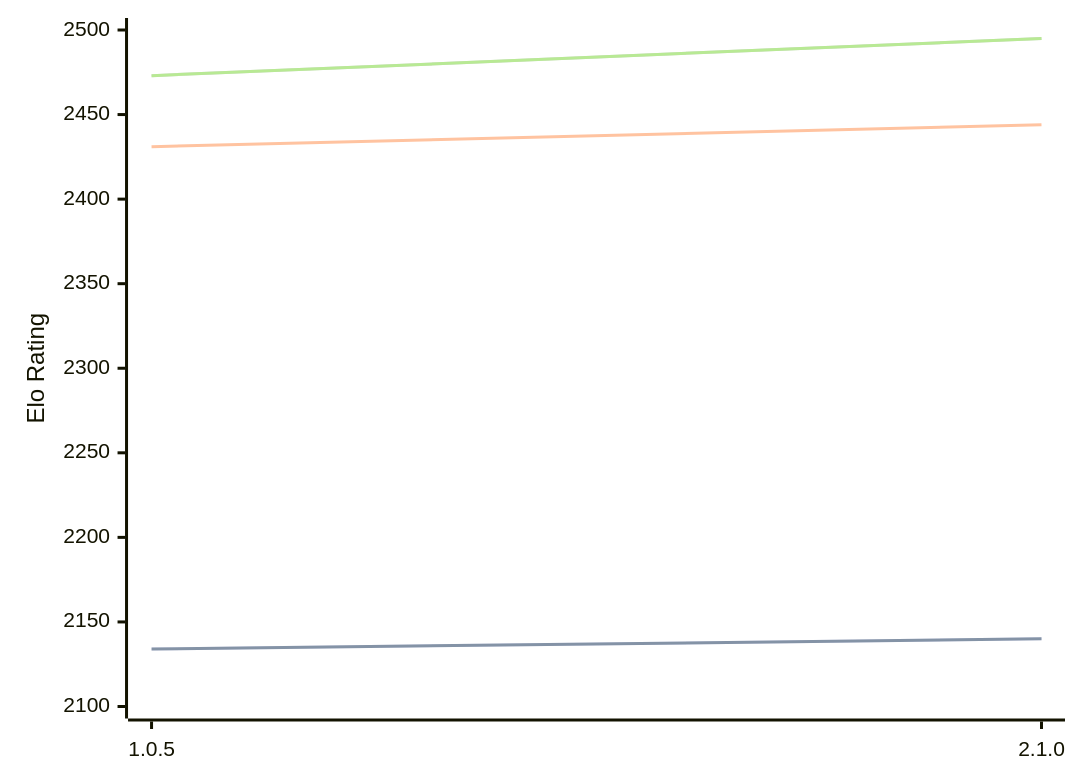
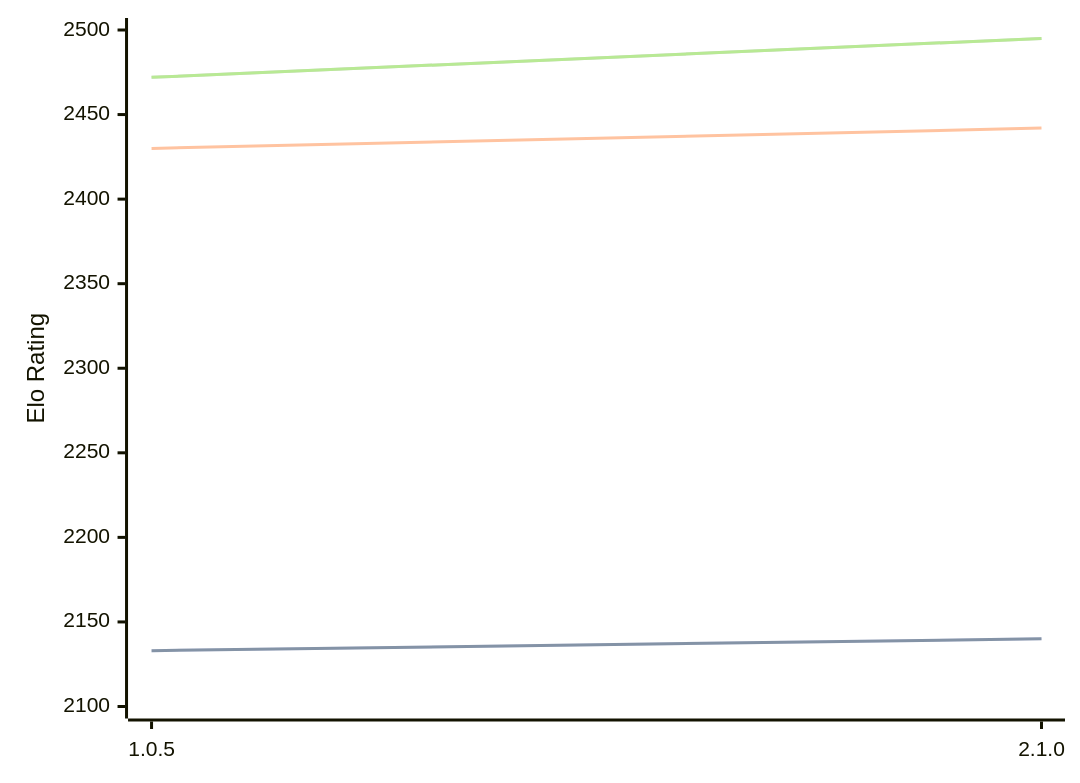
Before and after one commit to computer-chess-index/cci: the third of 3 diagrams in engines/Ruffian.md, drawn with Mermaid. The commit also changed other lines of this file, not shown here.

Commit message:
Update CCI Ratings (ELO VLTC) - 2026-06-26

````diff
--- a/engines/Ruffian.md
+++ b/engines/Ruffian.md
@@ -65,11 +65,11 @@
 ```mermaid
 %%{init: {"theme":"base","themeVariables":{"seriesColors:['#a3a3a3','#222221','#faa371']}}}%%
 xychart-beta
   x-axis ["1.0.5", "2.1.0"]
   y-axis "Elo Rating" 2100 --> 2500
-  line "STC (8.0+0.08s)" [2134, 2140]
-  line "STC (8.0+0.08s)" [2134, 2140]
-  line "LTC (60.0+0.60s)" [2431, 2444]
-  line "VLTC (2m24s+1.12s)" [2473, 2495]
-  line "VLTC (2m24s+1.12s)" [2473, 2495]
+  line "STC (8.0+0.08s)" [2133, 2140]
+  line "STC (8.0+0.08s)" [2133, 2140]
+  line "LTC (60.0+0.60s)" [2430, 2442]
+  line "VLTC (2m24s+1.12s)" [2472, 2495]
+  line "VLTC (2m24s+1.12s)" [2472, 2495]
 ```
````
